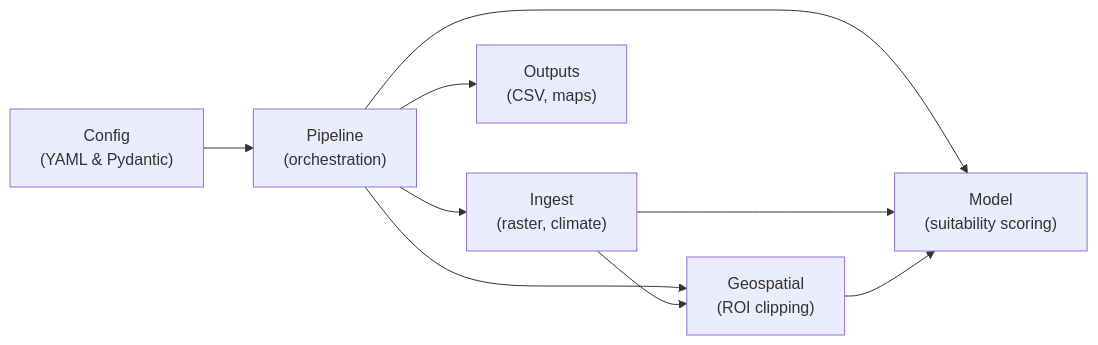
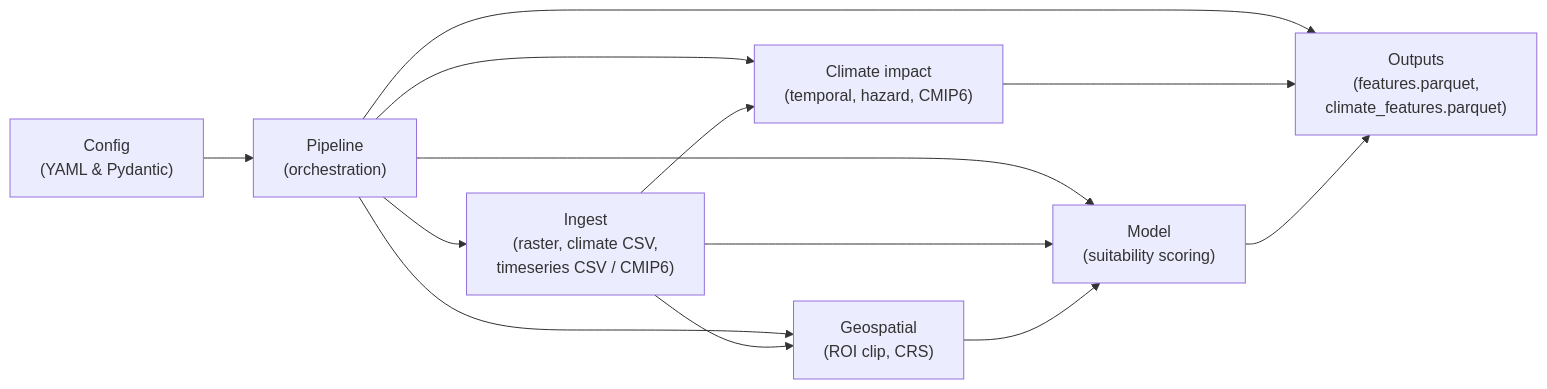
The diagram in paper/figure1_architecture.mmd (gmarupilla/AgroTerraFlow), drawn with Mermaid before and after one commit. The commit also changed 20 other files, not shown here.

First line of the commit message:
feat(#138f): wire run_pipeline to climate-impact orchestrator (#150)

```diff
--- a/paper/figure1_architecture.mmd
+++ b/paper/figure1_architecture.mmd
@@ -1,18 +1,25 @@
 flowchart LR
 
     CFG["Config
 (YAML & Pydantic)"] --> PIPE["Pipeline
 (orchestration)"]
 
     PIPE --> ING["Ingest
-(raster, climate)"]
+(raster, climate CSV,
+timeseries CSV / CMIP6)"]
     PIPE --> GEO["Geospatial
-(ROI clipping)"]
+(ROI clip, CRS)"]
+    PIPE --> CIM["Climate impact
+(temporal, hazard, CMIP6)"]
     PIPE --> MOD["Model
 (suitability scoring)"]
     PIPE --> OUT["Outputs
-(CSV, maps)"]
+(features.parquet,
+climate_features.parquet)"]
 
     ING --> GEO
+    ING --> CIM
     ING --> MOD
     GEO --> MOD
+    CIM --> OUT
+    MOD --> OUT
```
